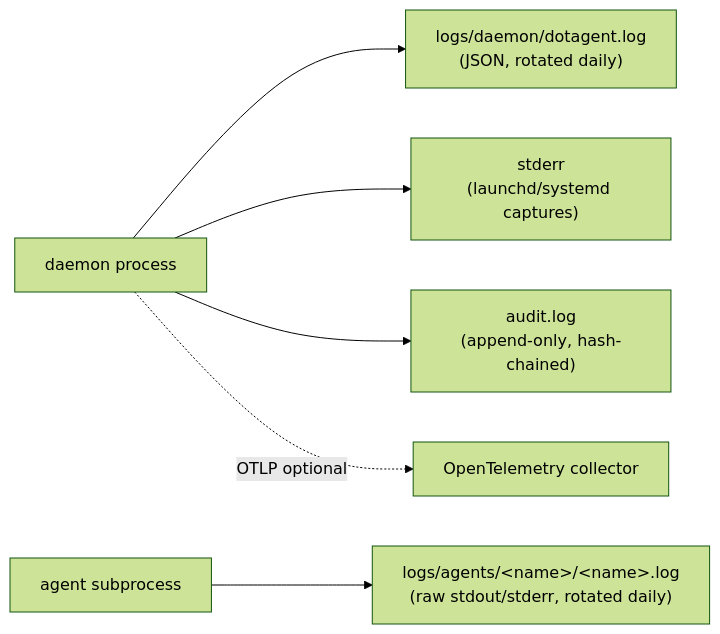
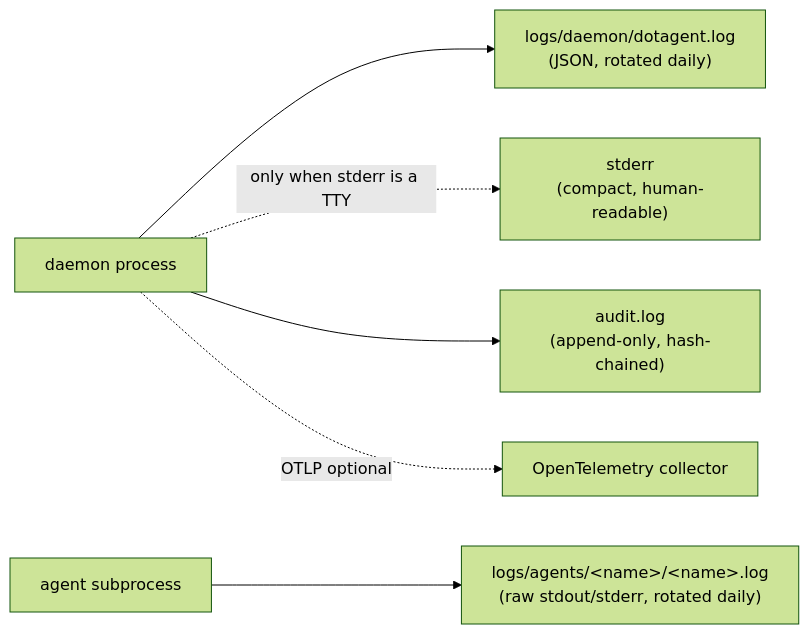
Before and after one commit to avelino/dotagent: the diagram in docs/guides/observability.md, drawn with Mermaid (forest theme). The commit also changed other lines of this file and 69 other files, not shown here.

````diff
--- a/docs/guides/observability.md
+++ b/docs/guides/observability.md
@@ -40,8 +40,8 @@
 ```mermaid
 flowchart LR
     daemon[daemon process] --> daemon_log["logs/daemon/dotagent.log<br/>(JSON, rotated daily)"]
     agent[agent subprocess] --> agent_log["logs/agents/&lt;name&gt;/&lt;name&gt;.log<br/>(raw stdout/stderr, rotated daily)"]
-    daemon --> stderr["stderr<br/>(launchd/systemd captures)"]
+    daemon -.only when stderr is a TTY.-> stderr["stderr<br/>(compact, human-readable)"]
     daemon --> audit["audit.log<br/>(append-only, hash-chained)"]
     daemon -.OTLP optional.-> otel[OpenTelemetry collector]
 ```
````
